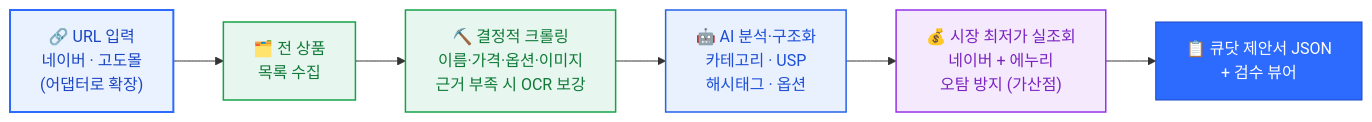
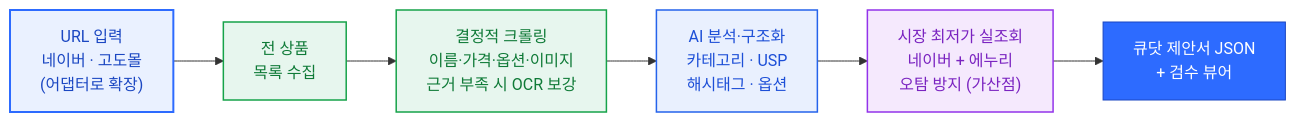
The first of 2 diagrams in README.md (seongjinYU/quedot-assignment), drawn with Mermaid before and after one commit. The commit also changed other lines of this file and 21 other files, not shown here.

````diff
--- a/README.md
+++ b/README.md
@@ -16,14 +16,14 @@
 ```mermaid
 flowchart LR
-    A["🔗 URL 입력<br/>네이버 · 고도몰<br/>(어댑터로 확장)"]:::entry --> B["🗂️ 전 상품<br/>목록 수집"]:::crawl
-    B --> C["⛏️ 결정적 크롤링<br/>이름·가격·옵션·이미지<br/>근거 부족 시 OCR 보강"]:::crawl
-    C --> D["🤖 AI 분석·구조화<br/>카테고리 · USP<br/>해시태그 · 옵션"]:::ai
-    D --> E["💰 시장 최저가 실조회<br/>네이버 + 에누리<br/>오탐 방지 (가산점)"]:::low
-    E --> F["📋 큐닷 제안서 JSON<br/>+ 검수 뷰어"]:::out
+    A["URL 입력<br/>네이버 · 고도몰<br/>(어댑터로 확장)"]:::entry --> B["전 상품<br/>목록 수집"]:::crawl
+    B --> C["결정적 크롤링<br/>이름·가격·옵션·이미지<br/>근거 부족 시 OCR 보강"]:::crawl
+    C --> D["AI 분석·구조화<br/>카테고리 · USP<br/>해시태그 · 옵션"]:::ai
+    D --> E["시장 최저가 실조회<br/>네이버 + 에누리<br/>오탐 방지 (가산점)"]:::low
+    E --> F["큐닷 제안서 JSON<br/>+ 검수 뷰어"]:::out
 
     classDef entry fill:#EAF1FF,stroke:#2D6BFF,color:#1B47C2,stroke-width:2px;
     classDef crawl fill:#E7F6EE,stroke:#16A34A,color:#0F7A37,stroke-width:1.5px;
     classDef ai fill:#E9F0FE,stroke:#2563EB,color:#1D4FD7,stroke-width:1.5px;
     classDef low fill:#F5E9FD,stroke:#9333EA,color:#7A23C0,stroke-width:1.5px;
     classDef out fill:#2D6BFF,stroke:#1B47C2,color:#FFFFFF,stroke-width:1px;
 ```
````
